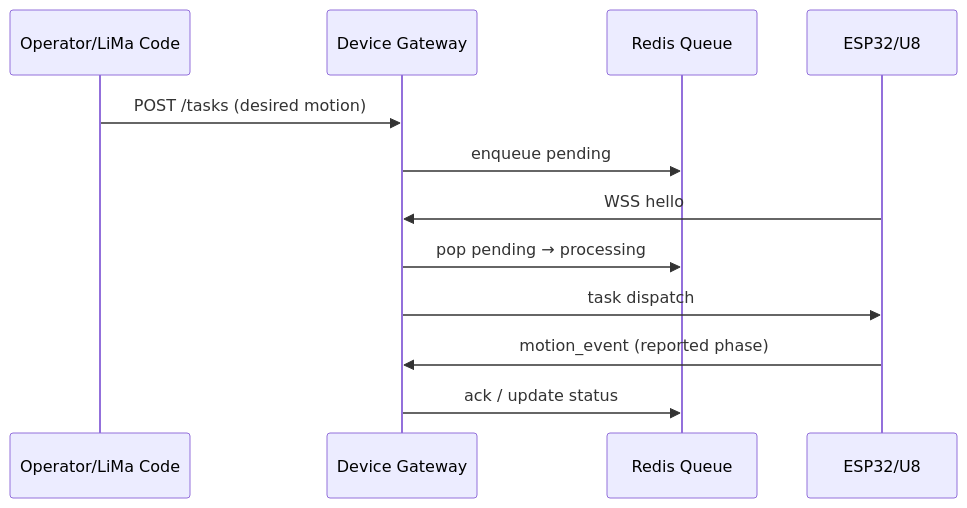
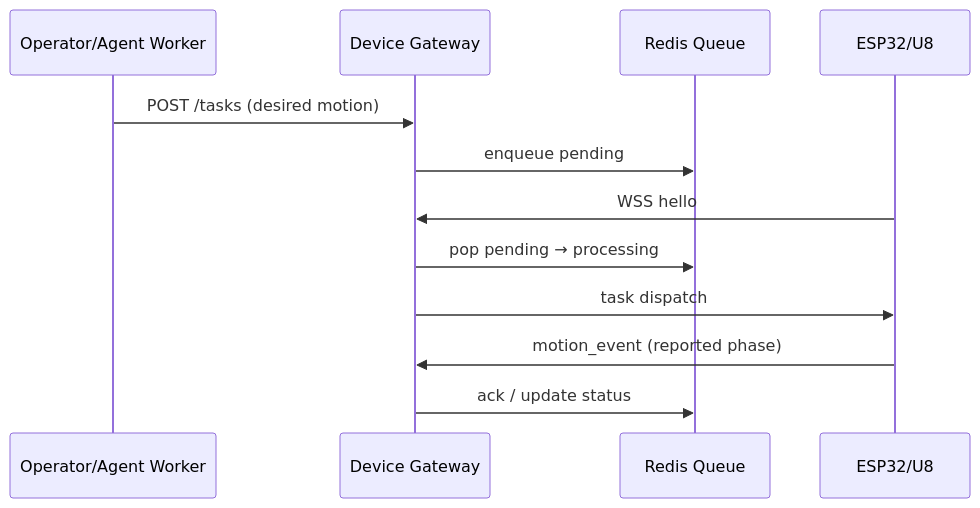
One commit to zhuguang-ZFG/QWEN3.0 changed the diagram in docs/reference/DEVICE_PLATFORM_REFERENCE.md. Above: the diagram before and after it, drawn with Mermaid. The commit also changed 46 other files, not shown here.

````diff
--- a/docs/reference/DEVICE_PLATFORM_REFERENCE.md
+++ b/docs/reference/DEVICE_PLATFORM_REFERENCE.md
@@ -50,15 +50,15 @@
 ```mermaid
 sequenceDiagram
-    participant Op as Operator/LiMa Code
+    participant Op as Operator/Agent Worker
     participant DG as Device Gateway
     participant Redis as Redis Queue
     participant Dev as ESP32/U8
 
     Op->>DG: POST /tasks (desired motion)
     DG->>Redis: enqueue pending
     Dev->>DG: WSS hello
     DG->>Redis: pop pending → processing
     DG->>Dev: task dispatch
     Dev->>DG: motion_event (reported phase)
     DG->>Redis: ack / update status
 ```
````
